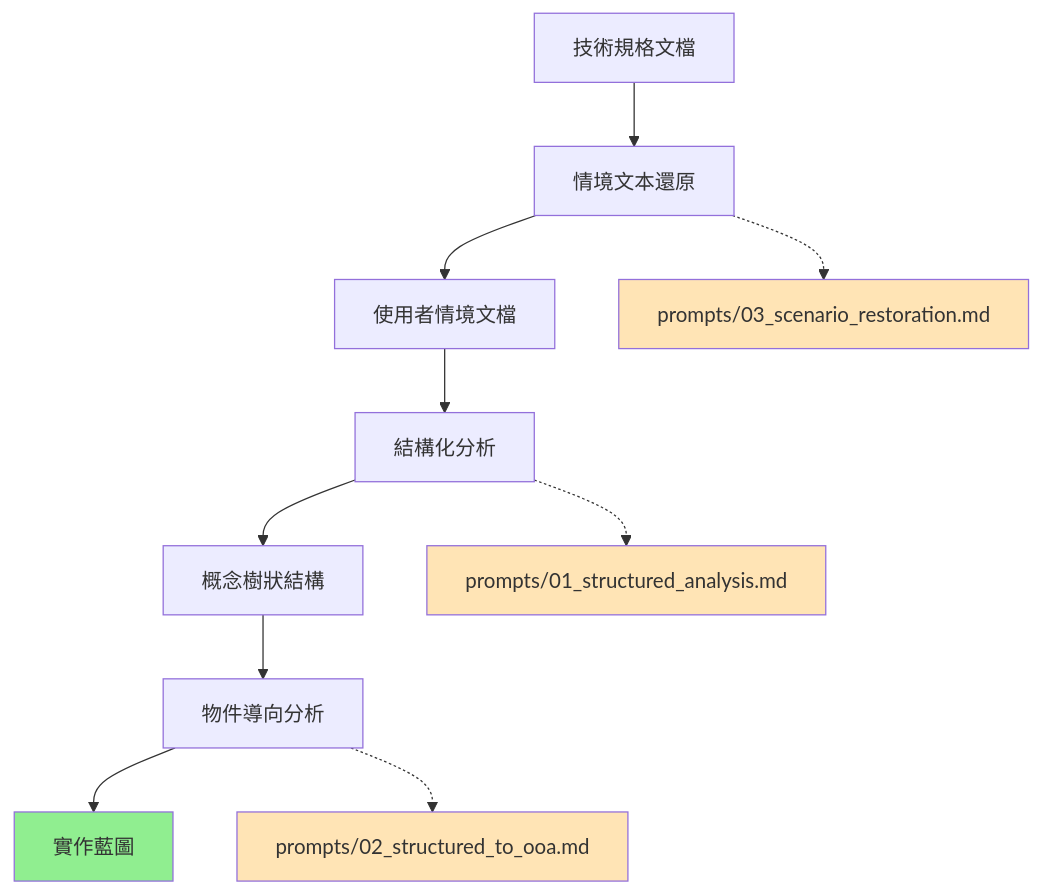
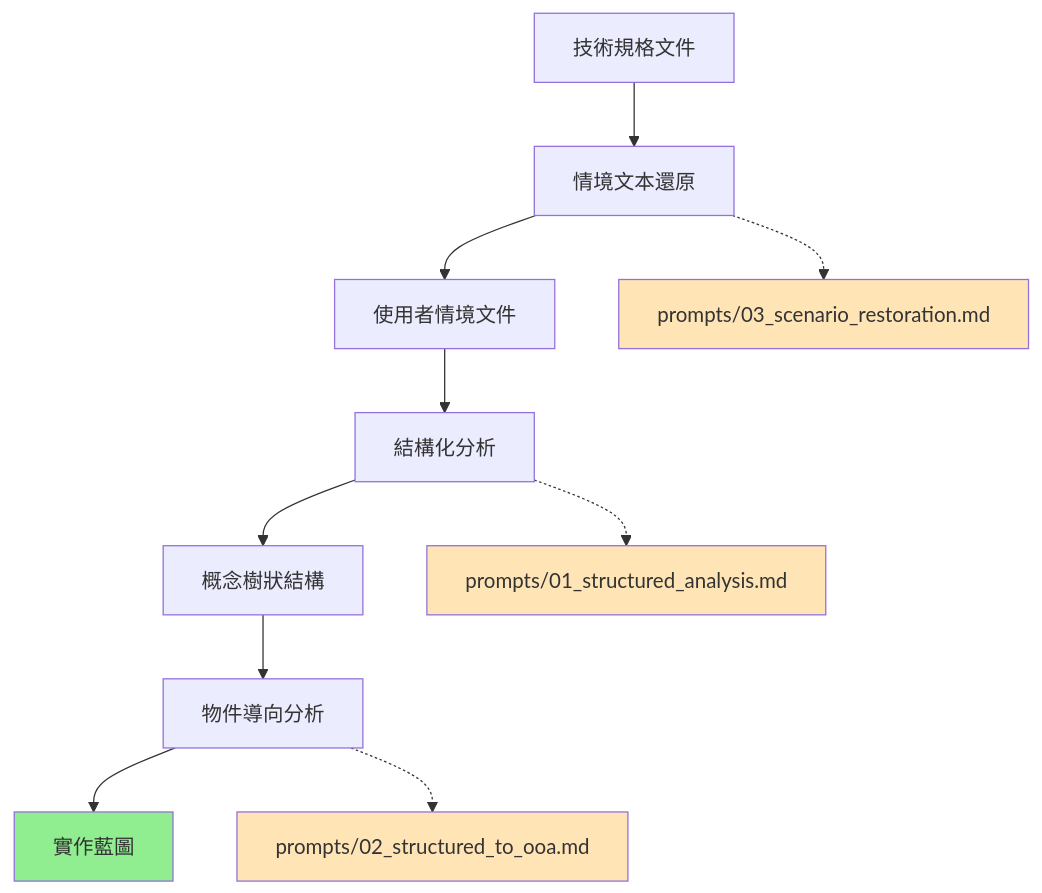
One commit to qty-playground/public-tunnel changed the diagram in docs/design/04_methodology_validation.md. Above: the diagram before and after it, drawn with Mermaid. The commit also changed 8 other files, not shown here.

````diff
--- a/docs/design/04_methodology_validation.md
+++ b/docs/design/04_methodology_validation.md
@@ -95,18 +95,18 @@
 ```mermaid
 flowchart TD
-    A[技術規格文檔] --> B[情境文本還原]
-    B --> C[使用者情境文檔]
+    A[技術規格文件] --> B[情境文本還原]
+    B --> C[使用者情境文件]
     C --> D[結構化分析]
     D --> E[概念樹狀結構]
     E --> F[物件導向分析]
     F --> G[實作藍圖]
     
     B -.-> H[prompts/03_scenario_restoration.md]
     D -.-> I[prompts/01_structured_analysis.md]
     F -.-> J[prompts/02_structured_to_ooa.md]
     
     style G fill:#90EE90
     style H fill:#FFE4B5
     style I fill:#FFE4B5
     style J fill:#FFE4B5
 ```
````
